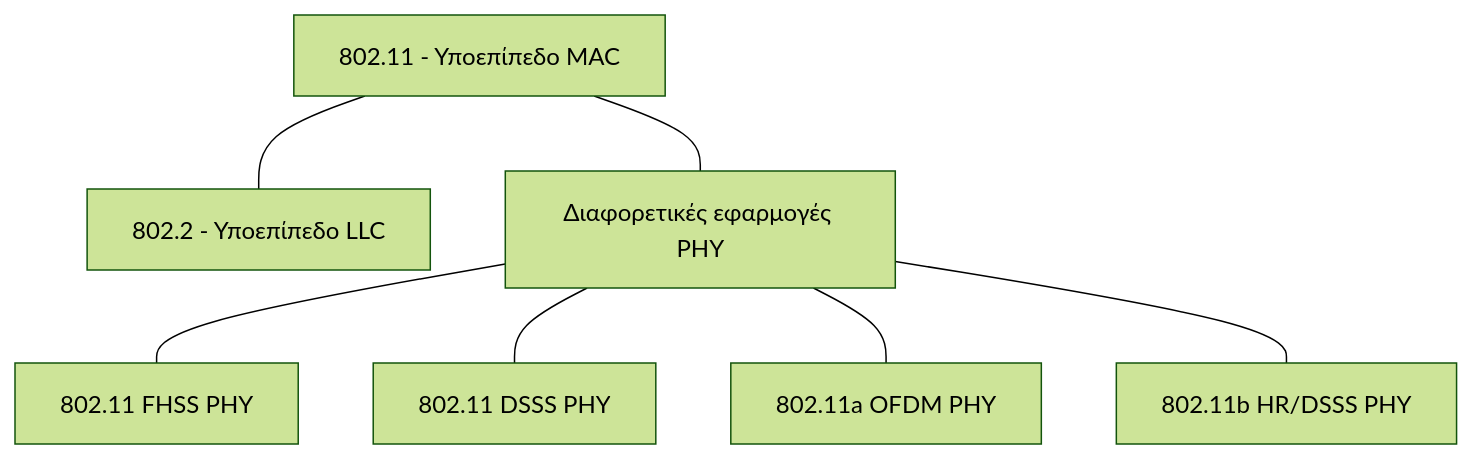
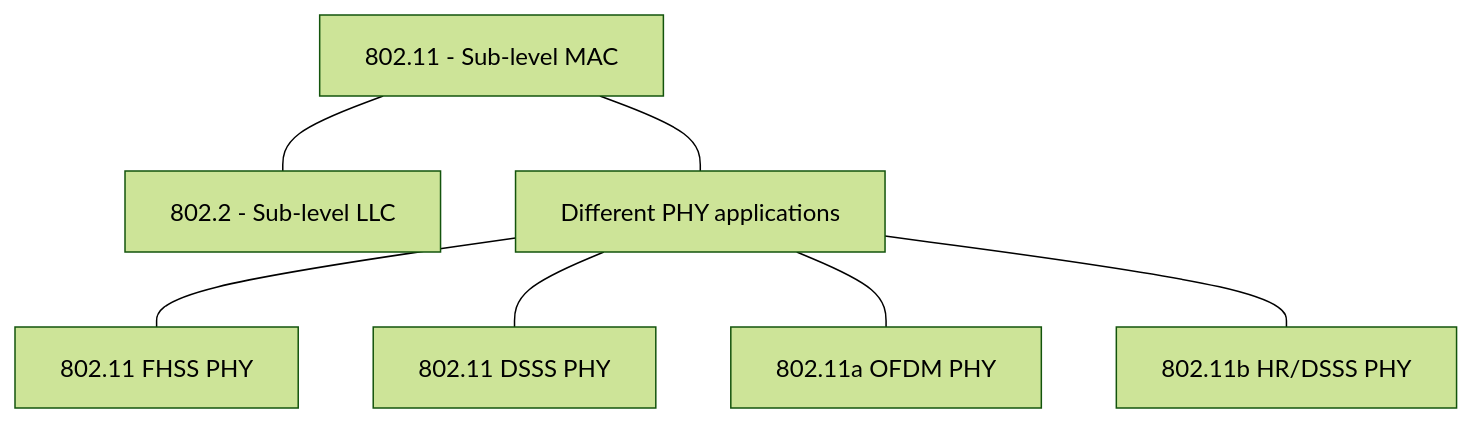
The third of 3 diagrams in Year_1/Semester_2/NETWORKING/Resources/Notes/3. OSI and TCP-IP.md (PanagopoulosNikolaos/DitOpenNotes), drawn with Mermaid (forest theme) before and after one commit. The commit also changed other lines of this file and 61 other files, not shown here.

````diff
--- a/Year_1/Semester_2/NETWORKING/Resources/Notes/3. OSI and TCP-IP.md
+++ b/Year_1/Semester_2/NETWORKING/Resources/Notes/3. OSI and TCP-IP.md
@@ -116,9 +116,9 @@
 ```Mermaid
 graph TD
-    A[802.11 - Υποεπίπεδο MAC] --- B[802.2 - Υποεπίπεδο LLC]
-    A --- C[Διαφορετικές εφαρμογές PHY]
+    A[802.11 - Sub-level MAC] --- B[802.2 - Sub-level LLC]
+    A --- C[Different PHY applications]
     C --- D[802.11 FHSS PHY]
     C --- E[802.11 DSSS PHY]
     C --- F[802.11a OFDM PHY]
     C --- G[802.11b HR/DSSS PHY]
 ```
````
